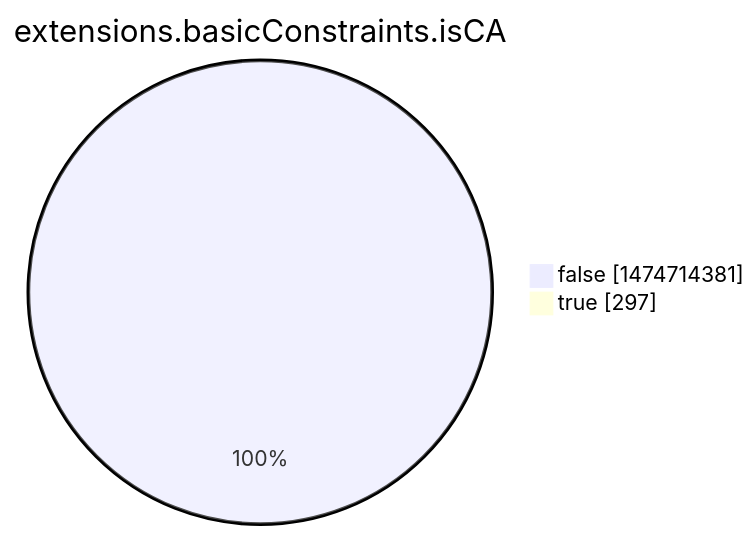
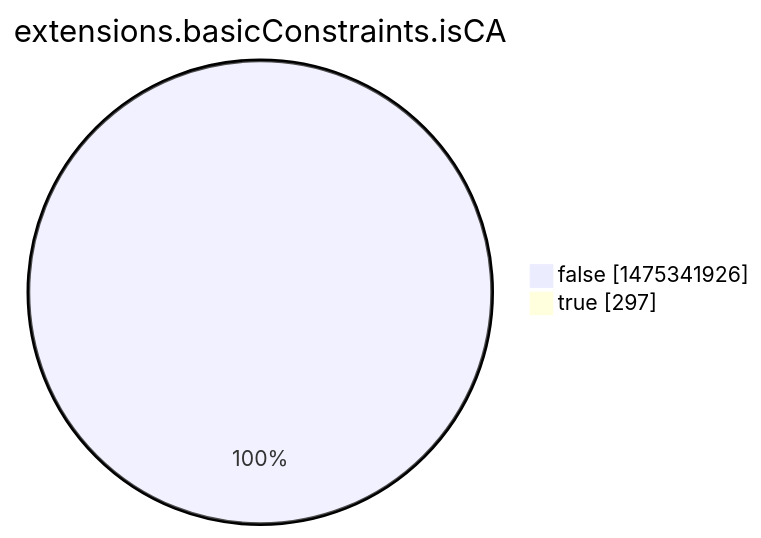
Before and after one commit to christiankrug/ctmonitor_visualization: the eighth of 15 diagrams in argon2022/README.md, drawn with Mermaid. The commit also changed other lines of this file, not shown here.

````diff
--- a/argon2022/README.md
+++ b/argon2022/README.md
@@ -2760,6 +2760,6 @@
 ```mermaid
 pie showData
 title extensions.basicConstraints.isCA
-"false" :1474714381
+"false" :1475341926
 "true" :297
 ```
````
